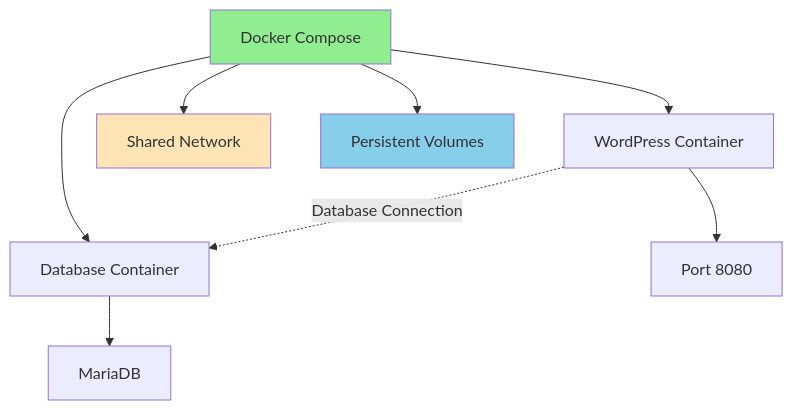
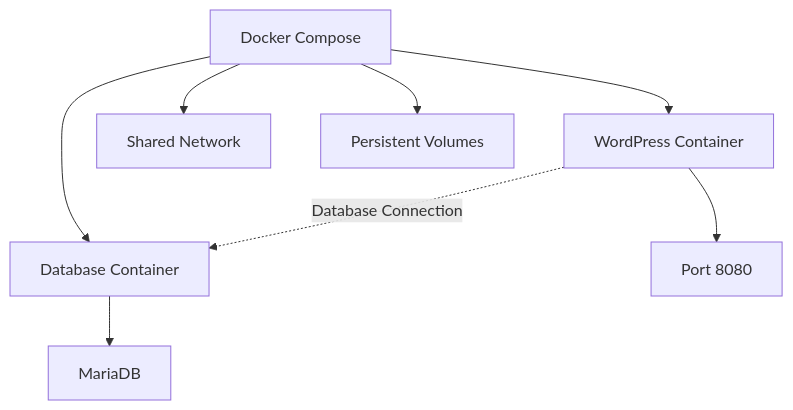
Before and after one commit to 4gh0rn/dev-blog: the first of 9 diagrams in docs/projects/wordpress.md, drawn with Mermaid. The commit also changed other lines of this file and 17 other files, not shown here.

````diff
--- a/docs/projects/wordpress.md
+++ b/docs/projects/wordpress.md
@@ -49,16 +49,12 @@
 ```mermaid
 graph TB
     A[Docker Compose] --> B[WordPress Container]
     A --> C[Database Container]
     A --> D[Shared Network]
     A --> E[Persistent Volumes]
     
     B --> B1[Port 8080]
     C --> C1[MariaDB]
     
     B -.->|Database Connection| C
-    
-    style A fill:#90EE90
-    style D fill:#FFE4B5
-    style E fill:#87CEEB
 ```
````
